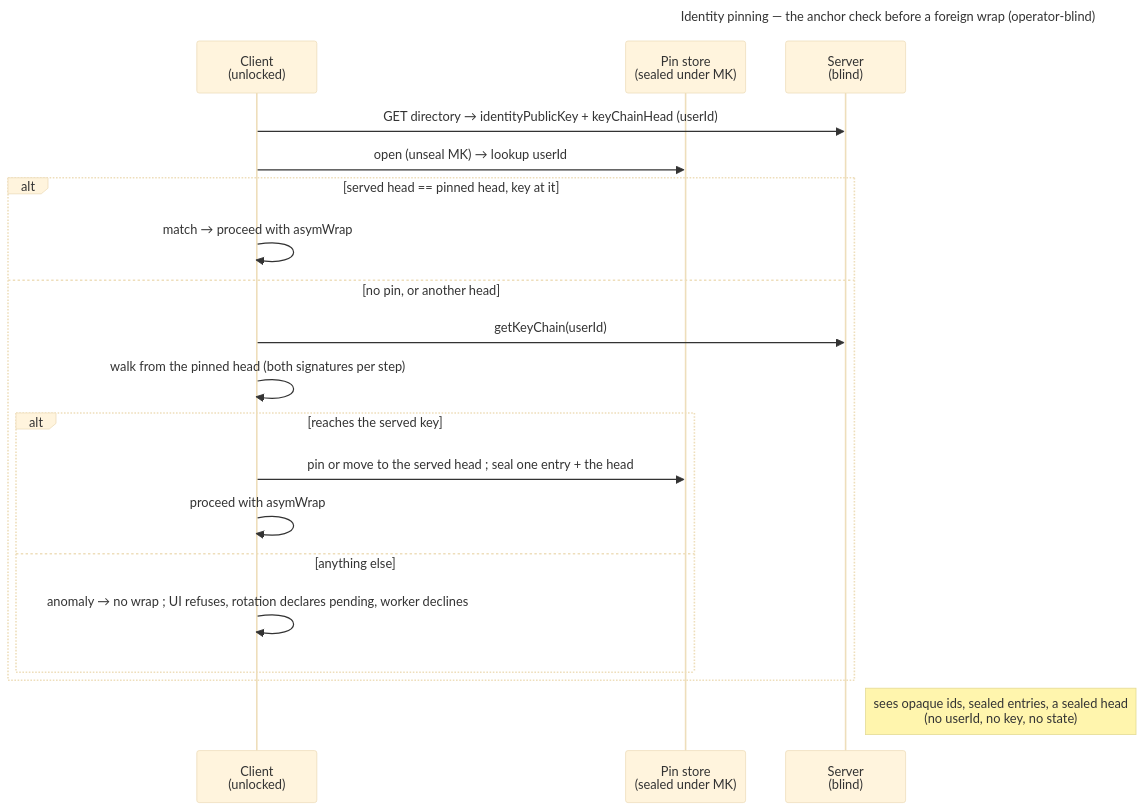
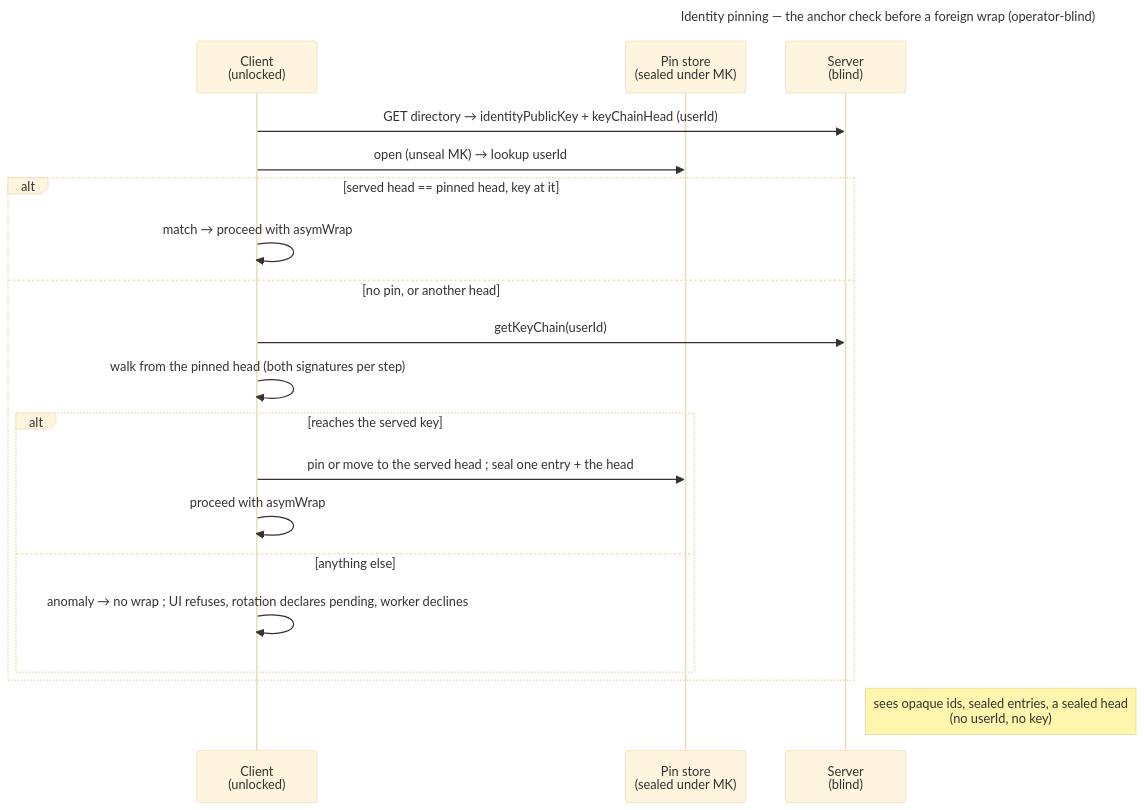
One commit to raddatzk/veyq changed the diagram in docs/features/account/enablers/en.account.identity-pinning.md. Above: the diagram before and after it, drawn with Mermaid (base theme). The commit also changed other lines of this file and 37 other files, not shown here.

````diff
--- a/docs/features/account/enablers/en.account.identity-pinning.md
+++ b/docs/features/account/enablers/en.account.identity-pinning.md
@@ -102,24 +117,24 @@
 ```mermaid
 ---
 title: Identity pinning — the anchor check before a foreign wrap (operator-blind)
 ---
 sequenceDiagram
   participant C as Client<br>(unlocked)
   participant P as Pin store<br>(sealed under MK)
   participant S as Server<br>(blind)
   C->>S: GET directory → identityPublicKey + keyChainHead (userId)
   C->>P: open (unseal MK) → lookup userId
   alt served head == pinned head, key at it
   C->>C: match → proceed with asymWrap
   else no pin, or another head
   C->>S: getKeyChain(userId)
   C->>C: walk from the pinned head (both signatures per step)
   alt reaches the served key
   C->>P: pin or move to the served head #59; seal one entry + the head
   C->>C: proceed with asymWrap
   else anything else
   C->>C: anomaly → no wrap #59; UI refuses, rotation declares pending, worker declines
   end
   end
-  Note right of S: sees opaque ids, sealed entries, a sealed head<br>(no userId, no key, no state)
+  Note right of S: sees opaque ids, sealed entries, a sealed head<br>(no userId, no key)
 ```
````
